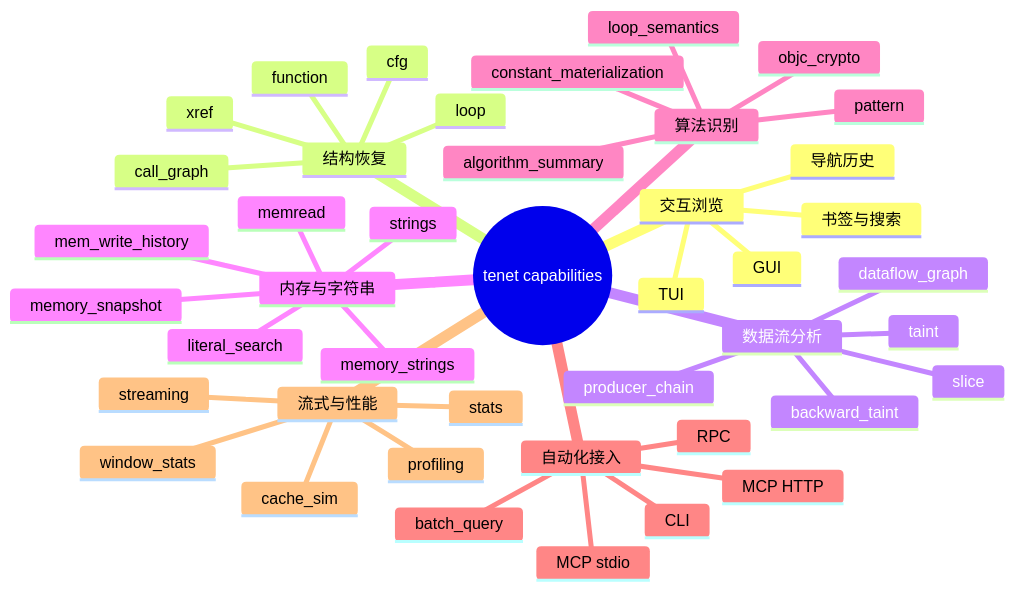
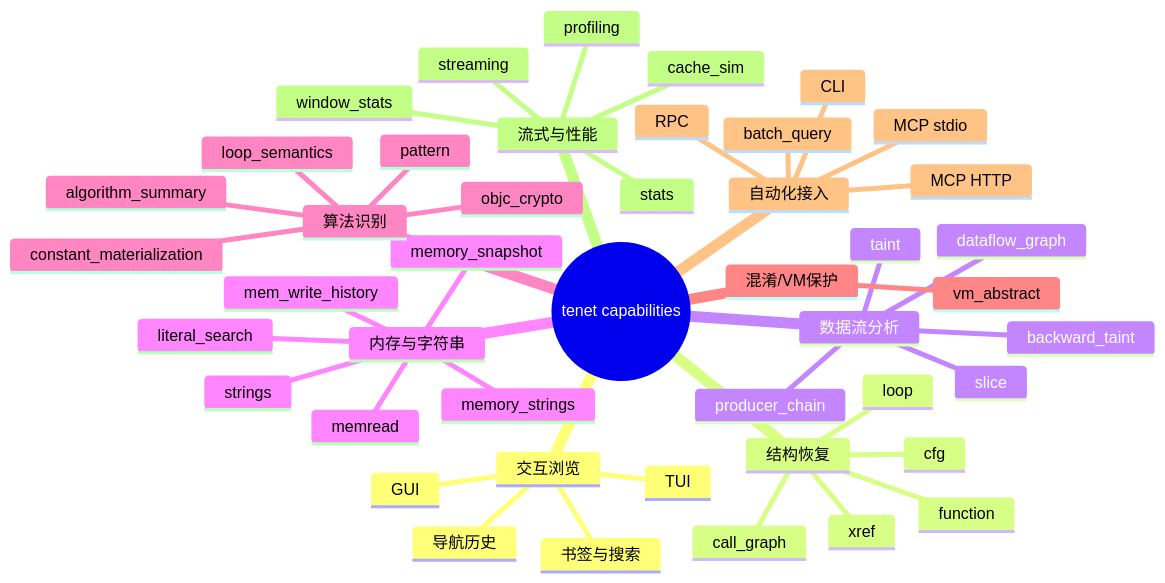
One commit to fuckreverse/retrace changed the diagram in slowmo/docs/capabilities.md. Above: the diagram before and after it, drawn with Mermaid. The commit also changed other lines of this file and 35 other files, not shown here.

````diff
--- a/slowmo/docs/capabilities.md
+++ b/slowmo/docs/capabilities.md
@@ -5,46 +5,48 @@
 ```mermaid
 mindmap
   root((tenet capabilities))
     交互浏览
       GUI
       TUI
       导航历史
       书签与搜索
     结构恢复
       function
       xref
       cfg
       call_graph
       loop
     数据流分析
       taint
       backward_taint
       slice
       producer_chain
       dataflow_graph
     内存与字符串
       memread
       mem_write_history
       memory_snapshot
       strings
       memory_strings
       literal_search
     算法识别
       pattern
       constant_materialization
       loop_semantics
       algorithm_summary
       objc_crypto
+    混淆/VM保护
+      vm_abstract
     自动化接入
       CLI
       RPC
       MCP stdio
       MCP HTTP
       batch_query
     流式与性能
       streaming
       stats
       cache_sim
       window_stats
       profiling
 ```
````
